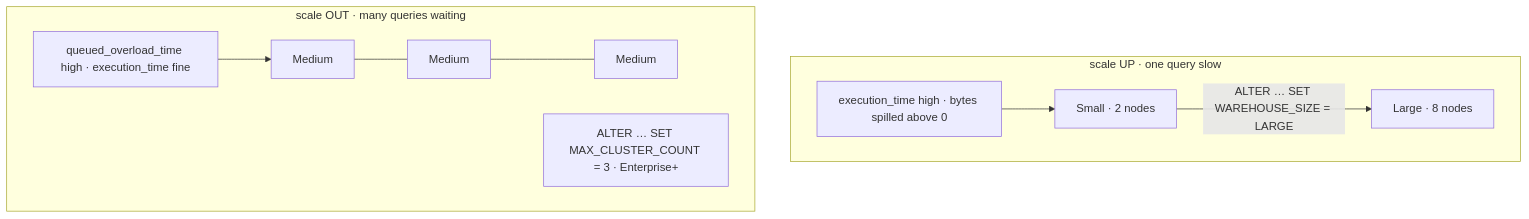
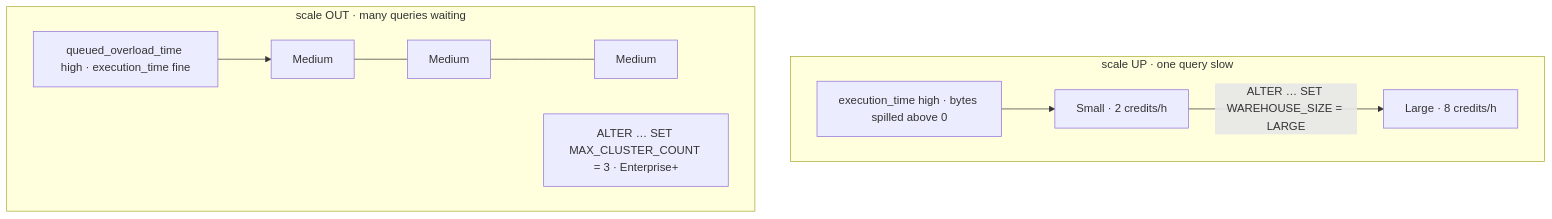
The diagram in vault/Concepts/Scaling Up vs Scaling Out.md (damian0o/learn_snowflake), drawn with Mermaid before and after one commit. The commit also changed 15 other files, not shown here.

````diff
--- a/vault/Concepts/Scaling Up vs Scaling Out.md
+++ b/vault/Concepts/Scaling Up vs Scaling Out.md
@@ -9,12 +9,12 @@
 ```mermaid
 flowchart TB
   subgraph UP[scale UP · one query slow]
-    S1[Small · 2 nodes] -->|ALTER … SET WAREHOUSE_SIZE = LARGE| L1[Large · 8 nodes]
+    S1[Small · 2 credits/h] -->|ALTER … SET WAREHOUSE_SIZE = LARGE| L1[Large · 8 credits/h]
     sym1[execution_time high · bytes spilled above 0] --> S1
   end
   subgraph OUT[scale OUT · many queries waiting]
     M1[Medium] --- M2[Medium] --- M3[Medium]
     sym2[queued_overload_time high · execution_time fine] --> M1
     note[ALTER … SET MAX_CLUSTER_COUNT = 3 · Enterprise+]
   end
 ```
````
